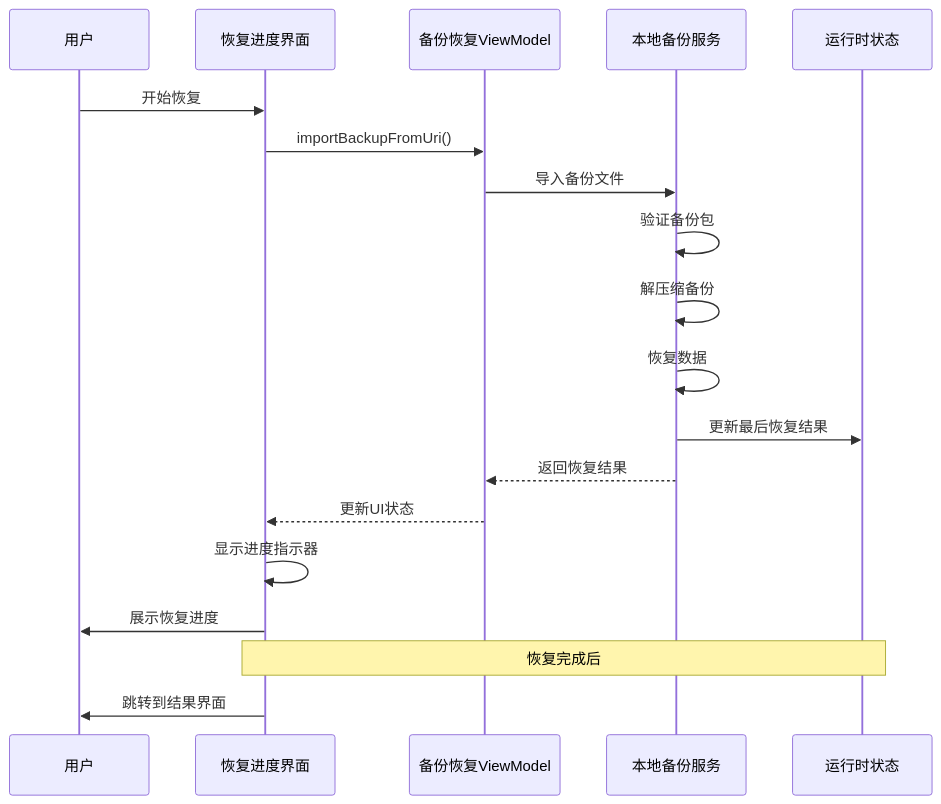
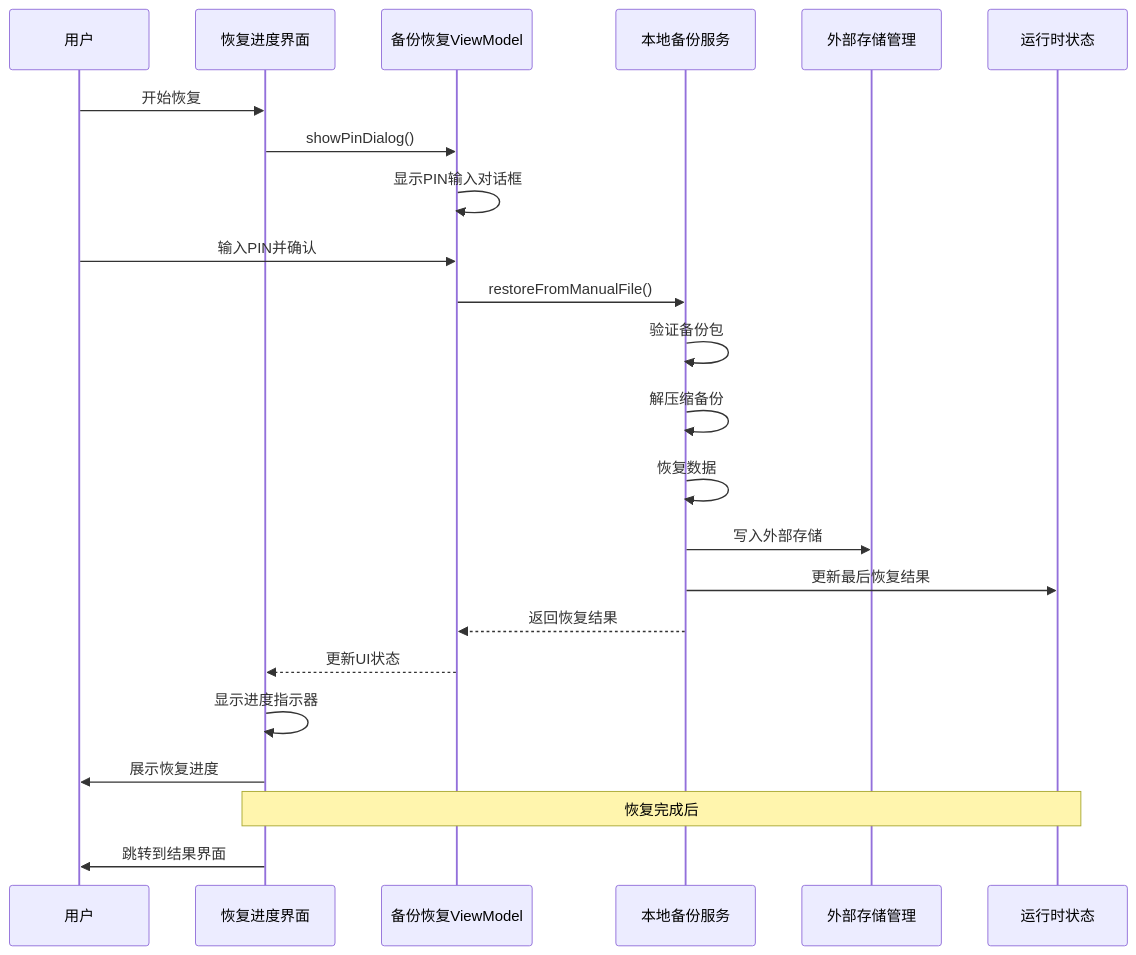
One commit to wanhongbo/ai-photo-vault changed the second of 7 diagrams in .qoder/repowiki/zh/content/UI组件系统/恢复进度界面.md. Above: the diagram before and after it, drawn with Mermaid. The commit also changed other lines of this file and 22 other files, not shown here.

````diff
--- a/.qoder/repowiki/zh/content/UI组件系统/恢复进度界面.md
+++ b/.qoder/repowiki/zh/content/UI组件系统/恢复进度界面.md
@@ -84,21 +109,25 @@
 ```mermaid
 sequenceDiagram
 participant User as 用户
 participant Progress as 恢复进度界面
 participant VM as 备份恢复ViewModel
 participant Service as 本地备份服务
+participant External as 外部存储管理
 participant Runtime as 运行时状态
 User->>Progress : 开始恢复
-Progress->>VM : importBackupFromUri()
-VM->>Service : 导入备份文件
+Progress->>VM : showPinDialog()
+VM->>VM : 显示PIN输入对话框
+User->>VM : 输入PIN并确认
+VM->>Service : restoreFromManualFile()
 Service->>Service : 验证备份包
 Service->>Service : 解压缩备份
 Service->>Service : 恢复数据
+Service->>External : 写入外部存储
 Service->>Runtime : 更新最后恢复结果
 Service-->>VM : 返回恢复结果
 VM-->>Progress : 更新UI状态
 Progress->>Progress : 显示进度指示器
 Progress->>User : 展示恢复进度
 Note over Progress,Runtime : 恢复完成后
 Progress->>User : 跳转到结果界面
 ```
````
